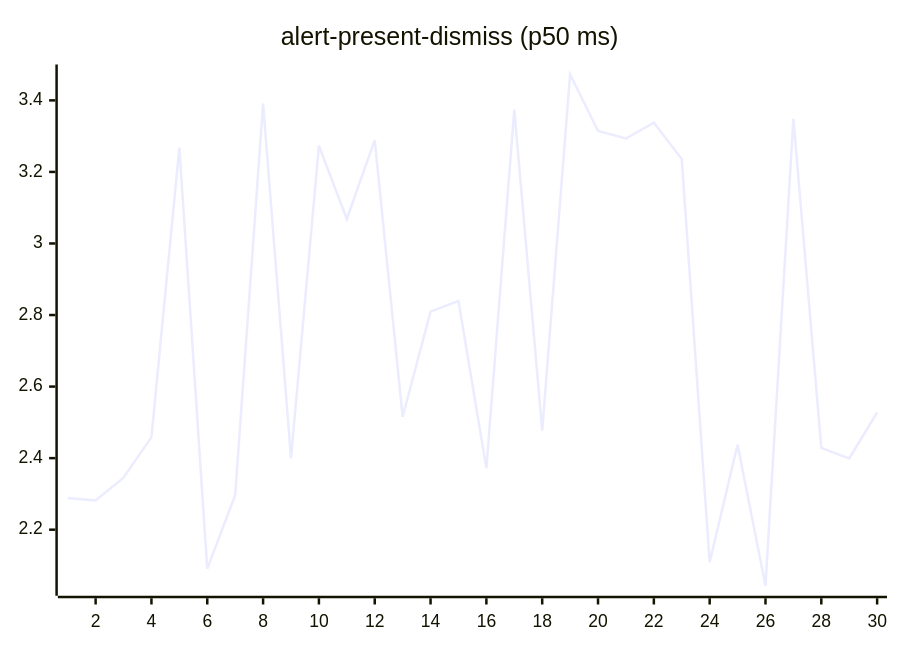
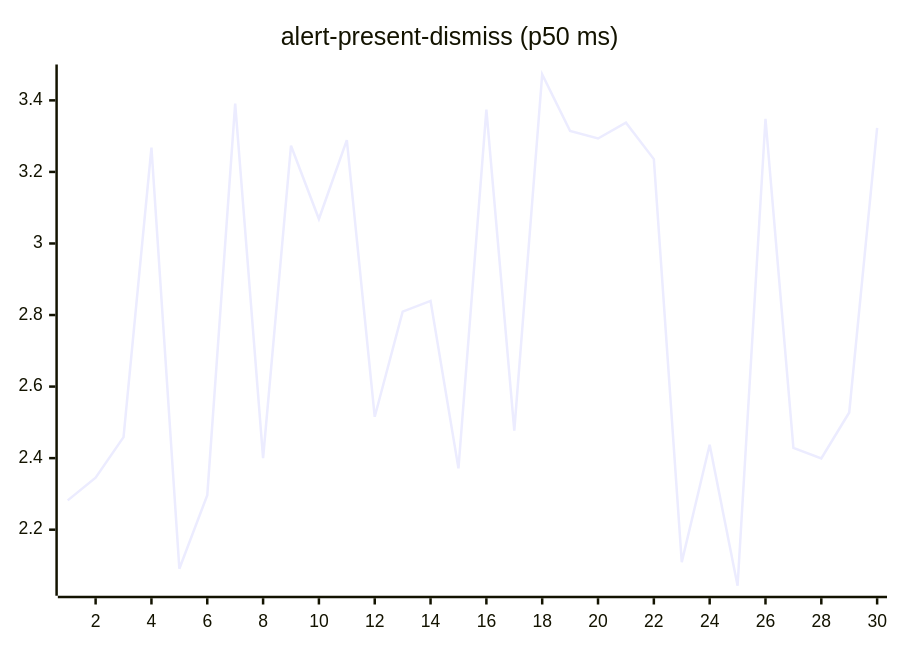
The second of 27 diagrams in README.md (josha/Facet), drawn with Mermaid before and after one commit. The commit also changed other lines of this file and 2 other files, not shown here.

````diff
--- a/README.md
+++ b/README.md
@@ -70,6 +70,6 @@
 ```mermaid
 xychart-beta
     title "alert-present-dismiss (p50 ms)"
     x-axis 1 --> 30
-    line [2.2888, 2.2819, 2.3455, 2.4588, 3.2682, 2.0908, 2.2965, 3.3910, 2.4000, 3.2732, 3.0684, 3.2888, 2.5156, 2.8095, 2.8395, 2.3714, 3.3741, 2.4770, 3.4723, 3.3142, 3.2934, 3.3378, 3.2358, 2.1094, 2.4372, 2.0433, 3.3486, 2.4287, 2.3992, 2.5276]
+    line [2.2819, 2.3455, 2.4588, 3.2682, 2.0908, 2.2965, 3.3910, 2.4000, 3.2732, 3.0684, 3.2888, 2.5156, 2.8095, 2.8395, 2.3714, 3.3741, 2.4770, 3.4723, 3.3142, 3.2934, 3.3378, 3.2358, 2.1094, 2.4372, 2.0433, 3.3486, 2.4287, 2.3992, 2.5276, 3.3233]
 ```
````
